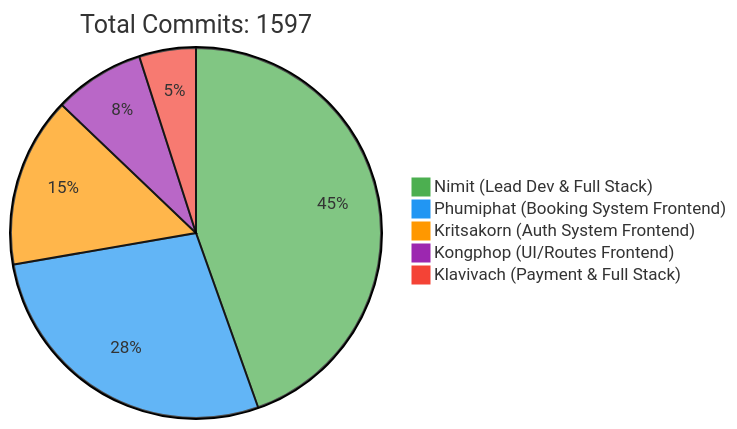
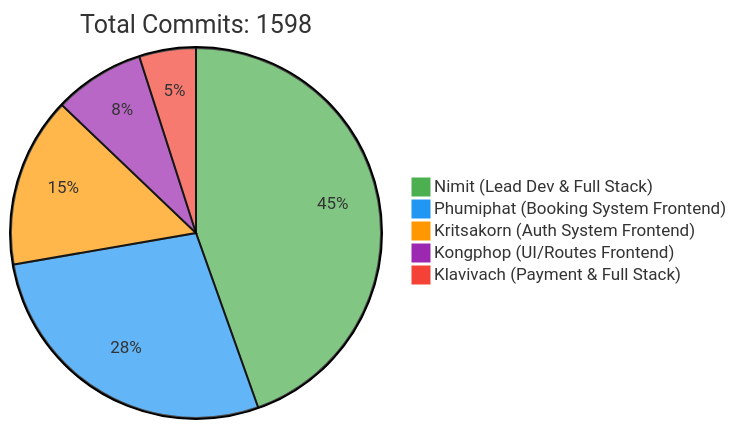
Before and after one commit to 6531503042/Sport-Complex: the first of 2 diagrams in README.md, drawn with Mermaid. The commit also changed other lines of this file, not shown here.

Commit message:
docs: Update contributor statistics [skip ci]

````diff
--- a/README.md
+++ b/README.md
@@ -257,10 +257,10 @@
 ```mermaid
 %%{init: {'theme': 'base', 'themeVariables': { 'pie1': '#4CAF50', 'pie2': '#2196F3', 'pie3': '#FF9800', 'pie4': '#9C27B0', 'pie5': '#F44336'}}}%%
 pie
-    title Total Commits: 1597
+    title Total Commits: 1598
     "Nimit (Lead Dev & Full Stack)" : 450
     "Phumiphat (Booking System Frontend)" : 280
     "Kritsakorn (Auth System Frontend)" : 150
     "Kongphop (UI/Routes Frontend)" : 80
     "Klavivach (Payment & Full Stack)" : 50
 ```
````
